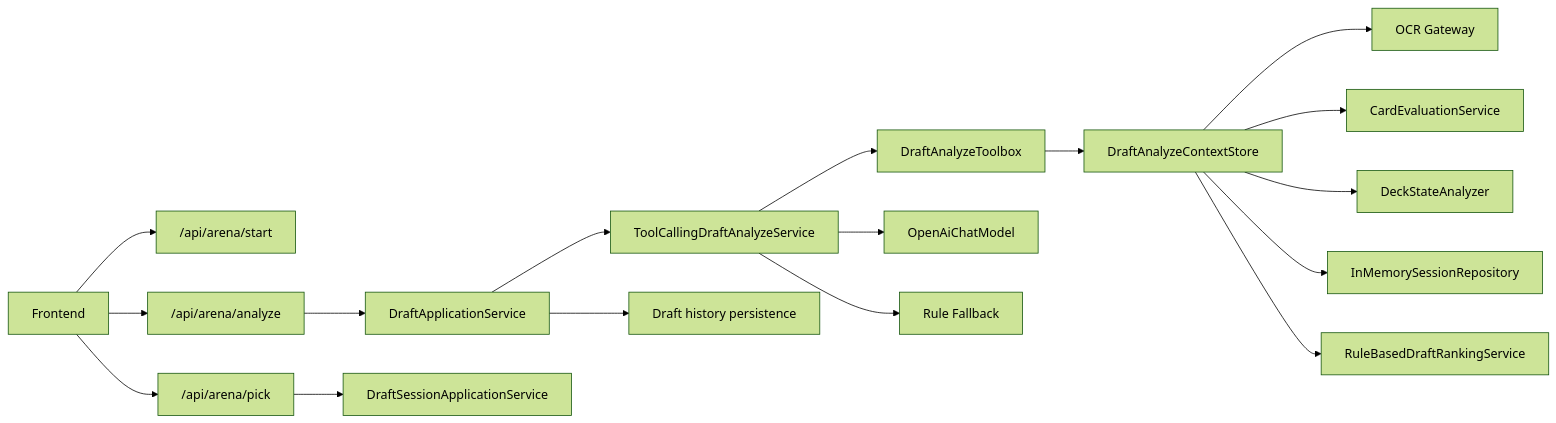
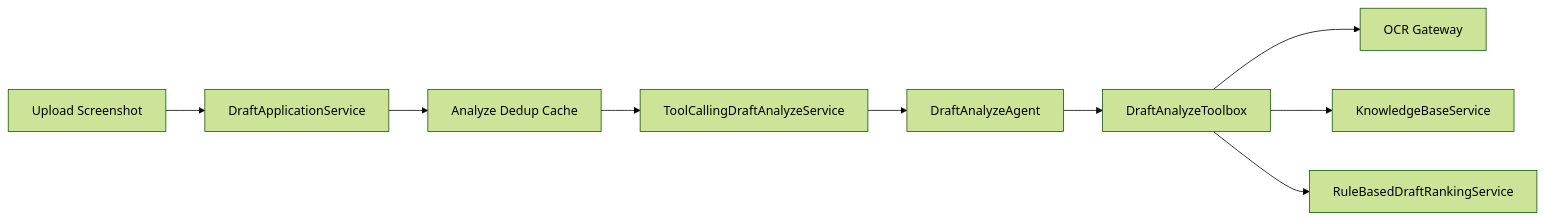
One commit to SouthwestAsiaFloat/Kards-arena-agent changed the diagram in backend/README.md. Above: the diagram before and after it, drawn with Mermaid (forest theme). The commit also changed other lines of this file and 29 other files, not shown here.

````diff
--- a/backend/README.md
+++ b/backend/README.md
@@ -28,19 +66,11 @@
 ```mermaid
 flowchart LR
-    A["Frontend"] --> B["/api/arena/start"]
-    A --> C["/api/arena/analyze"]
-    A --> D["/api/arena/pick"]
-    C --> E["DraftApplicationService"]
-    E --> F["ToolCallingDraftAnalyzeService"]
-    F --> G["DraftAnalyzeToolbox"]
-    G --> H["DraftAnalyzeContextStore"]
-    H --> I["OCR Gateway"]
-    H --> J["CardEvaluationService"]
-    H --> K["DeckStateAnalyzer"]
-    H --> L["InMemorySessionRepository"]
-    H --> M["RuleBasedDraftRankingService"]
-    F --> N["OpenAiChatModel"]
-    F --> O["Rule Fallback"]
-    E --> P["Draft history persistence"]
-    D --> Q["DraftSessionApplicationService"]
+    A["Upload Screenshot"] --> B["DraftApplicationService"]
+    B --> C["Analyze Dedup Cache"]
+    C --> D["ToolCallingDraftAnalyzeService"]
+    D --> E["DraftAnalyzeAgent"]
+    E --> F["DraftAnalyzeToolbox"]
+    F --> G["OCR Gateway"]
+    F --> H["KnowledgeBaseService"]
+    F --> I["RuleBasedDraftRankingService"]
 ```
````
